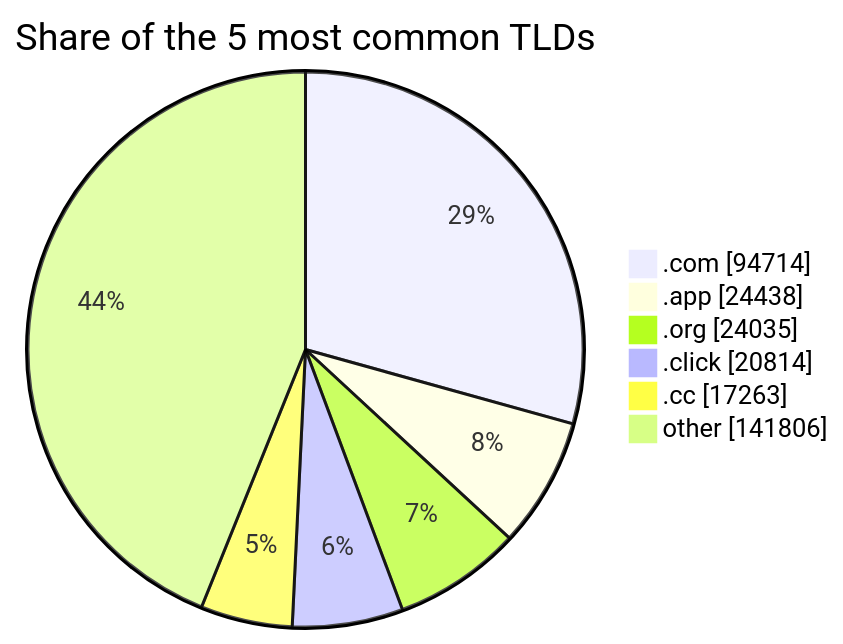
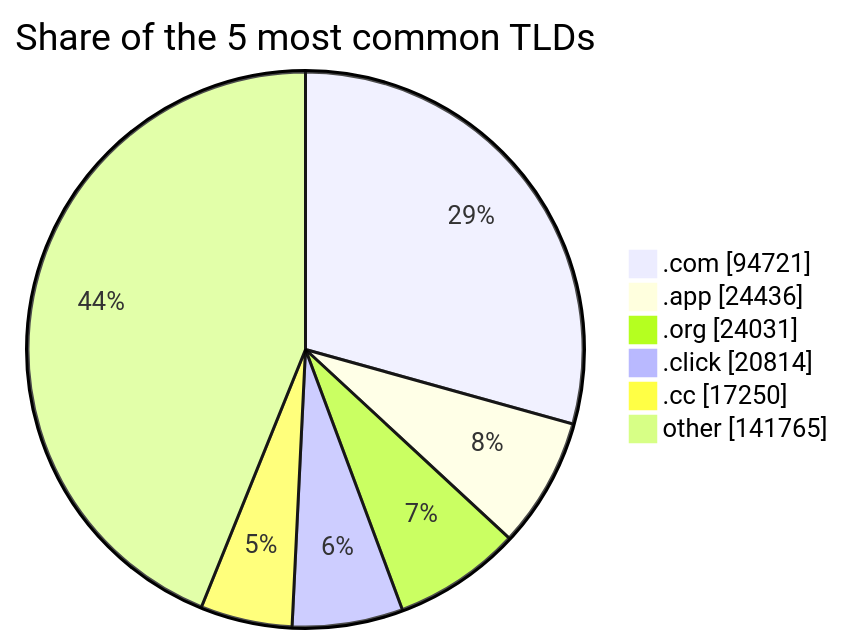
The third of 3 diagrams in README.md (DNSBunker/CTI), drawn with Mermaid before and after one commit. The commit also changed other lines of this file and 4 other files, not shown here.

````diff
--- a/README.md
+++ b/README.md
@@ -81,9 +81,9 @@
 ```mermaid
 pie showData title Share of the 5 most common TLDs
-    ".com" : 94714
-    ".app" : 24438
-    ".org" : 24035
+    ".com" : 94721
+    ".app" : 24436
+    ".org" : 24031
     ".click" : 20814
-    ".cc" : 17263
-    "other" : 141806
+    ".cc" : 17250
+    "other" : 141765
 ```
````
